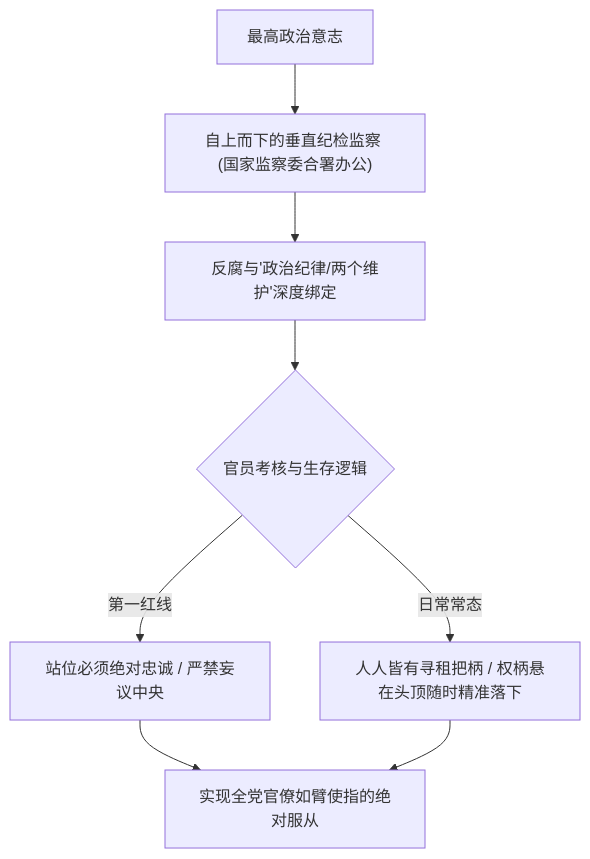
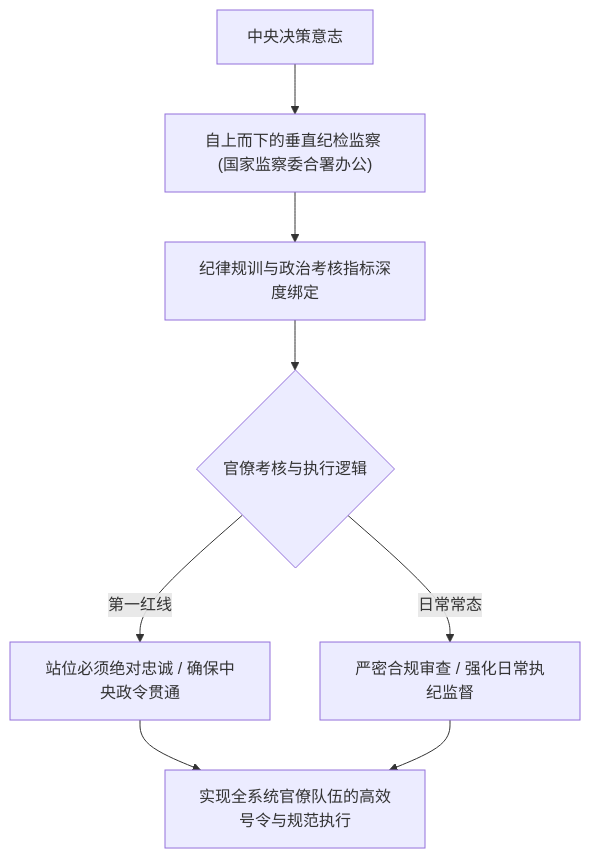
Before and after one commit to Terry-/glog: the first of 2 diagrams in src/content/blog/The Institutional Dilemma of Anti Corruption and Bureaucracy 2026-10-25.md, drawn with Mermaid. The commit also changed other lines of this file and 12 other files, not shown here.

````diff
--- a/src/content/blog/The Institutional Dilemma of Anti Corruption and Bureaucracy 2026-10-25.md
+++ b/src/content/blog/The Institutional Dilemma of Anti Corruption and Bureaucracy 2026-10-25.md
@@ -24,9 +24,9 @@
 ```mermaid
 flowchart TD
-    A["最高政治意志"] --> B["自上而下的垂直纪检监察 (国家监察委合署办公)"]
-    B --> C["反腐与'政治纪律/两个维护'深度绑定"]
-    C --> D{"官员考核与生存逻辑"}
-    D -->|第一红线| E["站位必须绝对忠诚 / 严禁妄议中央"]
-    D -->|日常常态| F["人人皆有寻租把柄 / 权柄悬在头顶随时精准落下"]
-    E & F --> G["实现全党官僚如臂使指的绝对服从"]
+    A["中央决策意志"] --> B["自上而下的垂直纪检监察 (国家监察委合署办公)"]
+    B --> C["纪律规训与政治考核指标深度绑定"]
+    C --> D{"官僚考核与执行逻辑"}
+    D -->|第一红线| E["站位必须绝对忠诚 / 确保中央政令贯通"]
+    D -->|日常常态| F["严密合规审查 / 强化日常执纪监督"]
+    E & F --> G["实现全系统官僚队伍的高效号令与规范执行"]
 ```
````
